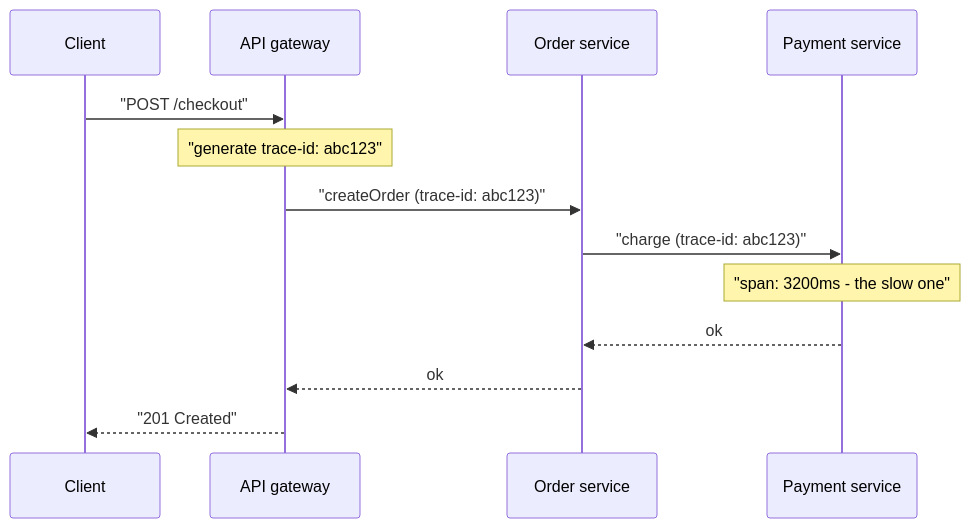
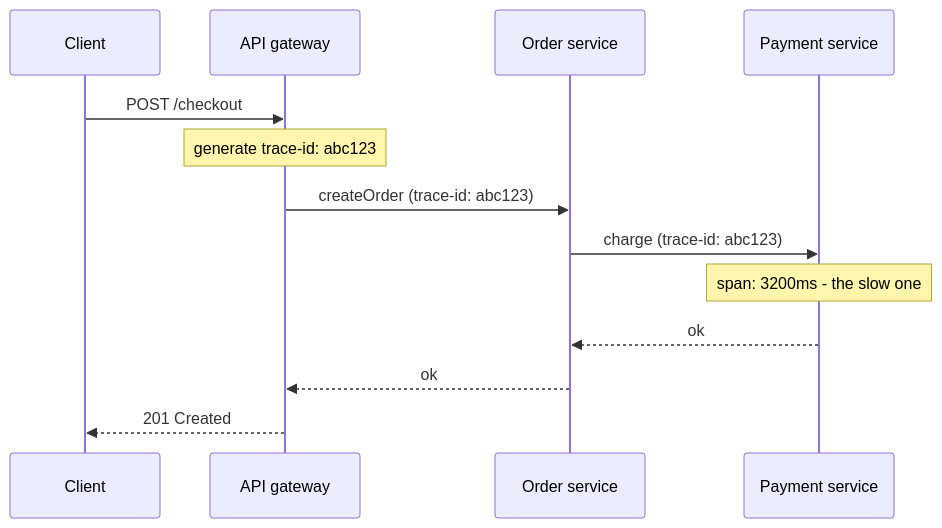
Before and after one commit to Shettysai/prepperly-content: the diagram in phases/06-distributed-systems/distributed-tracing-and-observability.md, drawn with Mermaid. The commit also changed 9 other files, not shown here.

First line of the commit message:
Fix quote marks rendering literally in sequence diagrams

````diff
--- a/phases/06-distributed-systems/distributed-tracing-and-observability.md
+++ b/phases/06-distributed-systems/distributed-tracing-and-observability.md
@@ -47,15 +47,15 @@
 ```mermaid
 sequenceDiagram
   participant C as Client
   participant G as API gateway
   participant O as Order service
   participant P as Payment service
-  C->>G: "POST /checkout"
-  Note over G: "generate trace-id: abc123"
-  G->>O: "createOrder (trace-id: abc123)"
-  O->>P: "charge (trace-id: abc123)"
-  Note over P: "span: 3200ms - the slow one"
+  C->>G: POST /checkout
+  Note over G: generate trace-id: abc123
+  G->>O: createOrder (trace-id: abc123)
+  O->>P: charge (trace-id: abc123)
+  Note over P: span: 3200ms - the slow one
   P-->>O: ok
   O-->>G: ok
-  G-->>C: "201 Created"
+  G-->>C: 201 Created
 ```
````
